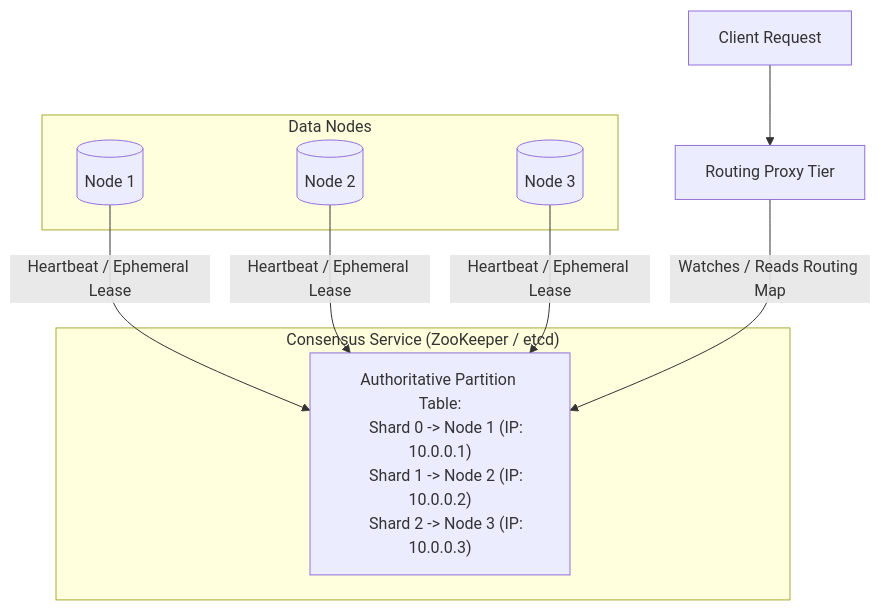
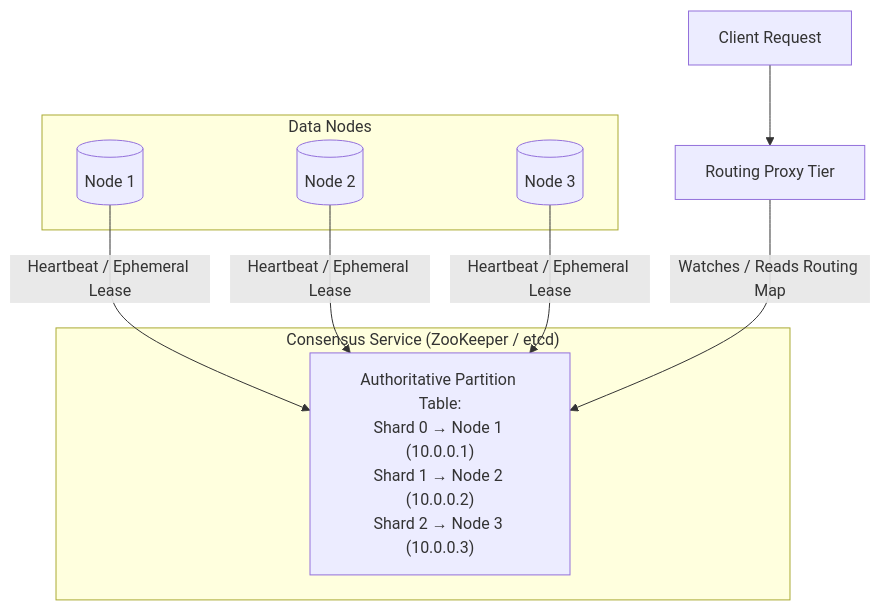
Before and after one commit to 1mimhe/books-summery: the eighth of 10 diagrams in 01 Designing Data-Intensive Applications/chapter-07-sharding.md, drawn with Mermaid. The commit also changed other lines of this file and 1 other file, not shown here.

````diff
--- a/01 Designing Data-Intensive Applications/chapter-07-sharding.md
+++ b/01 Designing Data-Intensive Applications/chapter-07-sharding.md
@@ -400,18 +378,15 @@
 ```mermaid
 flowchart TD
   subgraph ZK["Consensus Service (ZooKeeper / etcd)"]
-    REG["Authoritative Partition Table:
-    Shard 0 -> Node 1 (IP: 10.0.0.1)
-    Shard 1 -> Node 2 (IP: 10.0.0.2)
-    Shard 2 -> Node 3 (IP: 10.0.0.3)"]
+    REG["Authoritative Partition Table:<br/>Shard 0 &rarr; Node 1 (10.0.0.1)<br/>Shard 1 &rarr; Node 2 (10.0.0.2)<br/>Shard 2 &rarr; Node 3 (10.0.0.3)"]
   end
 
   subgraph NODES["Data Nodes"]
     N1[("Node 1")] -->|"Heartbeat / Ephemeral Lease"| REG
     N2[("Node 2")] -->|"Heartbeat / Ephemeral Lease"| REG
     N3[("Node 3")] -->|"Heartbeat / Ephemeral Lease"| REG
   end
 
   ROUTING["Routing Proxy Tier"] -->|"Watches / Reads Routing Map"| REG
   CLIENT["Client Request"] --> ROUTING
 ```
````
